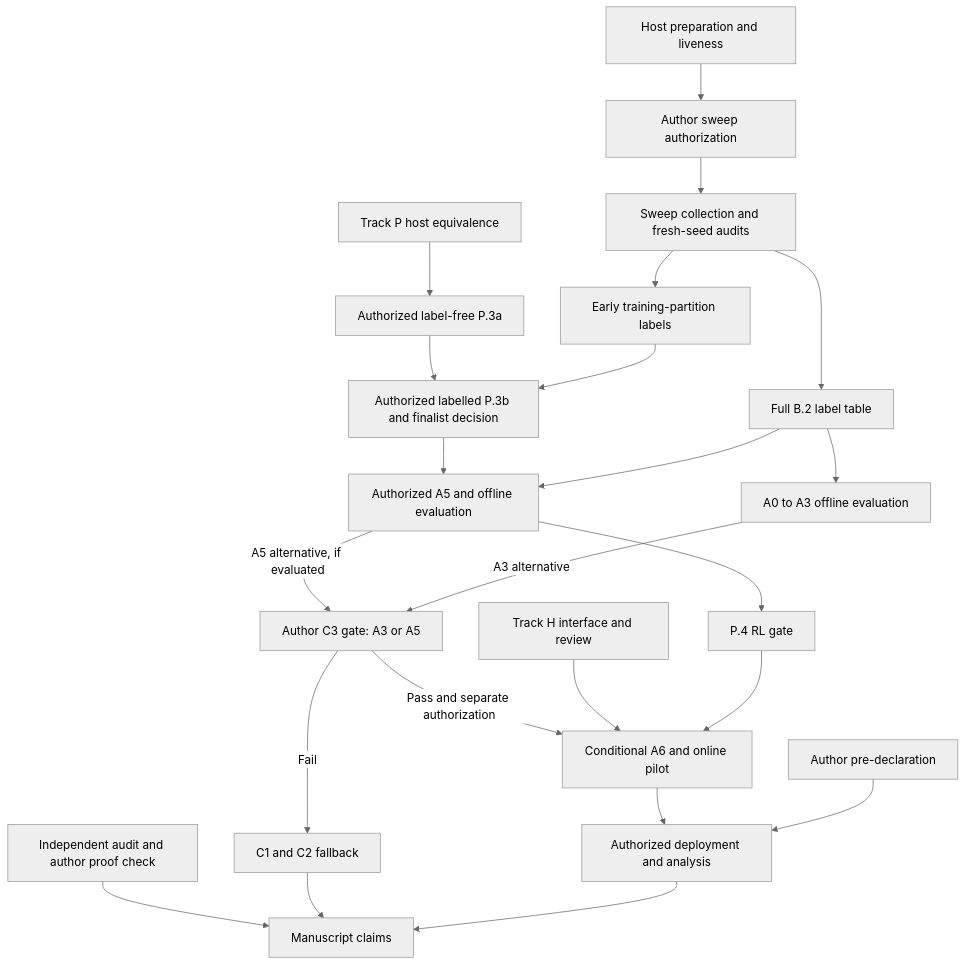
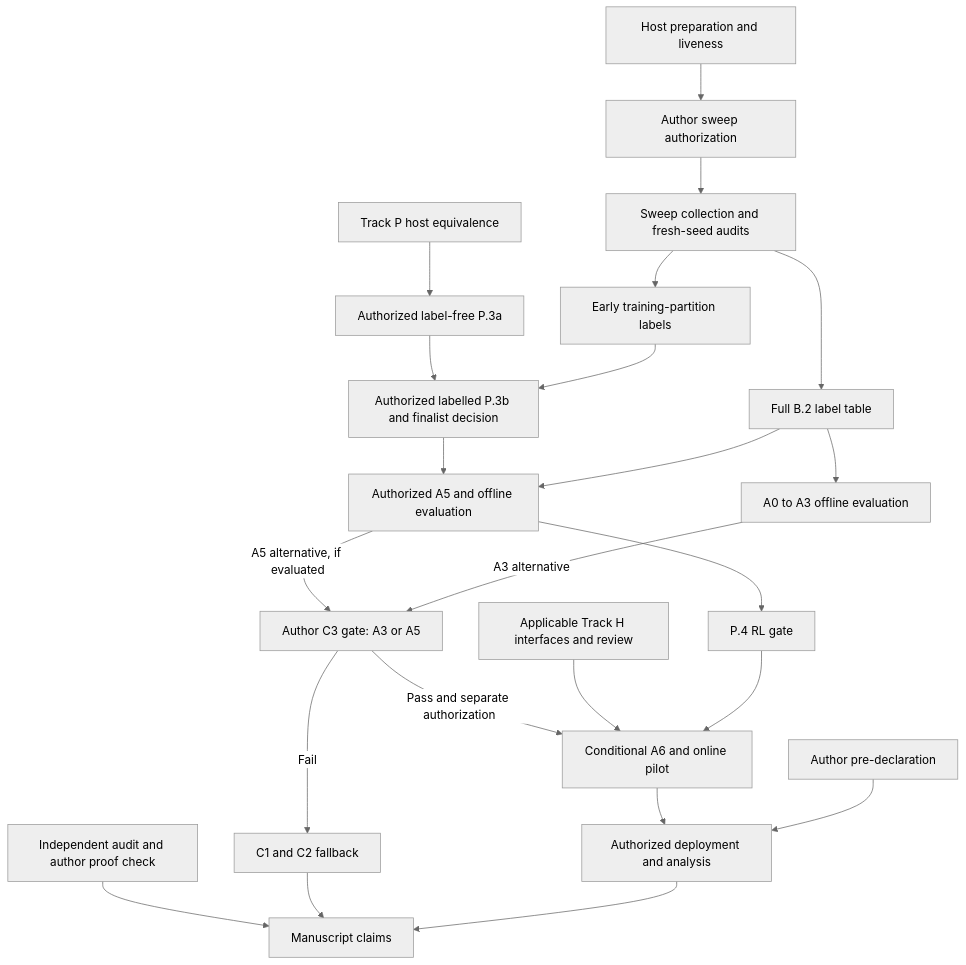
One commit to dowlingwong/Agent_paper_B changed the diagram in docs/r1/TECH_ROUTE.md. Above: the diagram before and after it, drawn with Mermaid (neutral theme). The commit also changed other lines of this file and 14 other files, not shown here.

````diff
--- a/docs/r1/TECH_ROUTE.md
+++ b/docs/r1/TECH_ROUTE.md
@@ -56,27 +56,27 @@
 ```mermaid
 flowchart TD
     accTitle: Paper B Route Dependencies
     accDescr: Parallel preparation and author gates lead to offline evaluation, a C3 decision, and conditional online deployment; arrows do not themselves grant authorization.
     prep[Host preparation and liveness] --> sweep_auth[Author sweep authorization]
     sweep_auth --> sweep[Sweep collection and fresh-seed audits]
     sweep --> early_labels[Early training-partition labels]
     sweep --> full_labels[Full B.2 label table]
     host_equiv[Track P host equivalence] --> p3a[Authorized label-free P.3a]
     p3a --> p3b[Authorized labelled P.3b and finalist decision]
     early_labels --> p3b
     p3b --> a5[Authorized A5 and offline evaluation]
     full_labels --> a5
     full_labels --> offline[A0 to A3 offline evaluation]
     a5 -->|A5 alternative, if evaluated| gate[Author C3 gate: A3 or A5]
     offline -->|A3 alternative| gate
     gate -->|Pass and separate authorization| a6[Conditional A6 and online pilot]
     gate -->|Fail| fallback[C1 and C2 fallback]
-    h_interface[Track H interface and review] --> a6
+    h_interface[Applicable Track H interfaces and review] --> a6
     a5 --> rl_gate[P.4 RL gate]
     rl_gate --> a6
     a6 --> deployment[Authorized deployment and analysis]
     declaration[Author pre-declaration] --> deployment
     proof[Independent audit and author proof check] --> manuscript[Manuscript claims]
     fallback --> manuscript
     deployment --> manuscript
 ```
````
